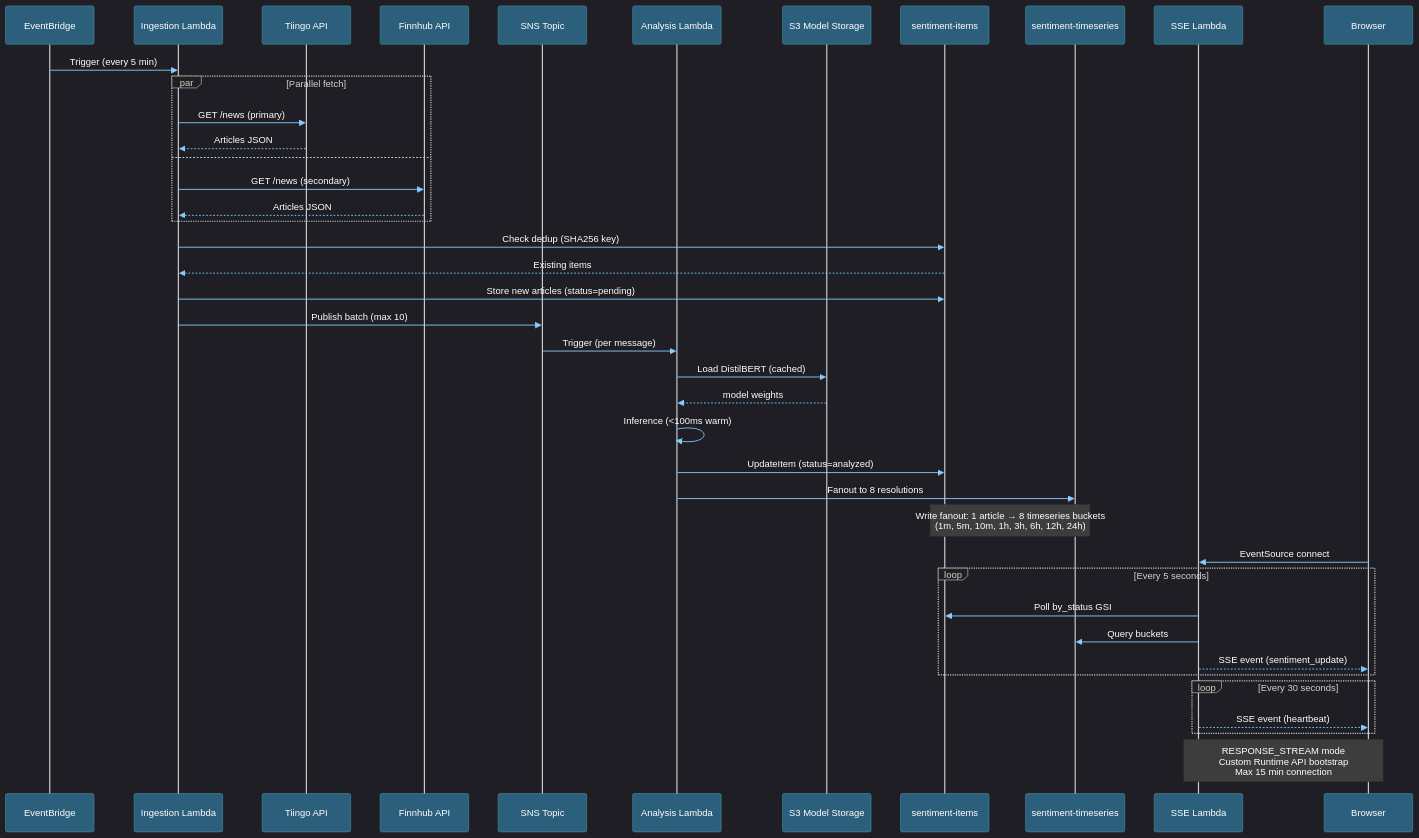
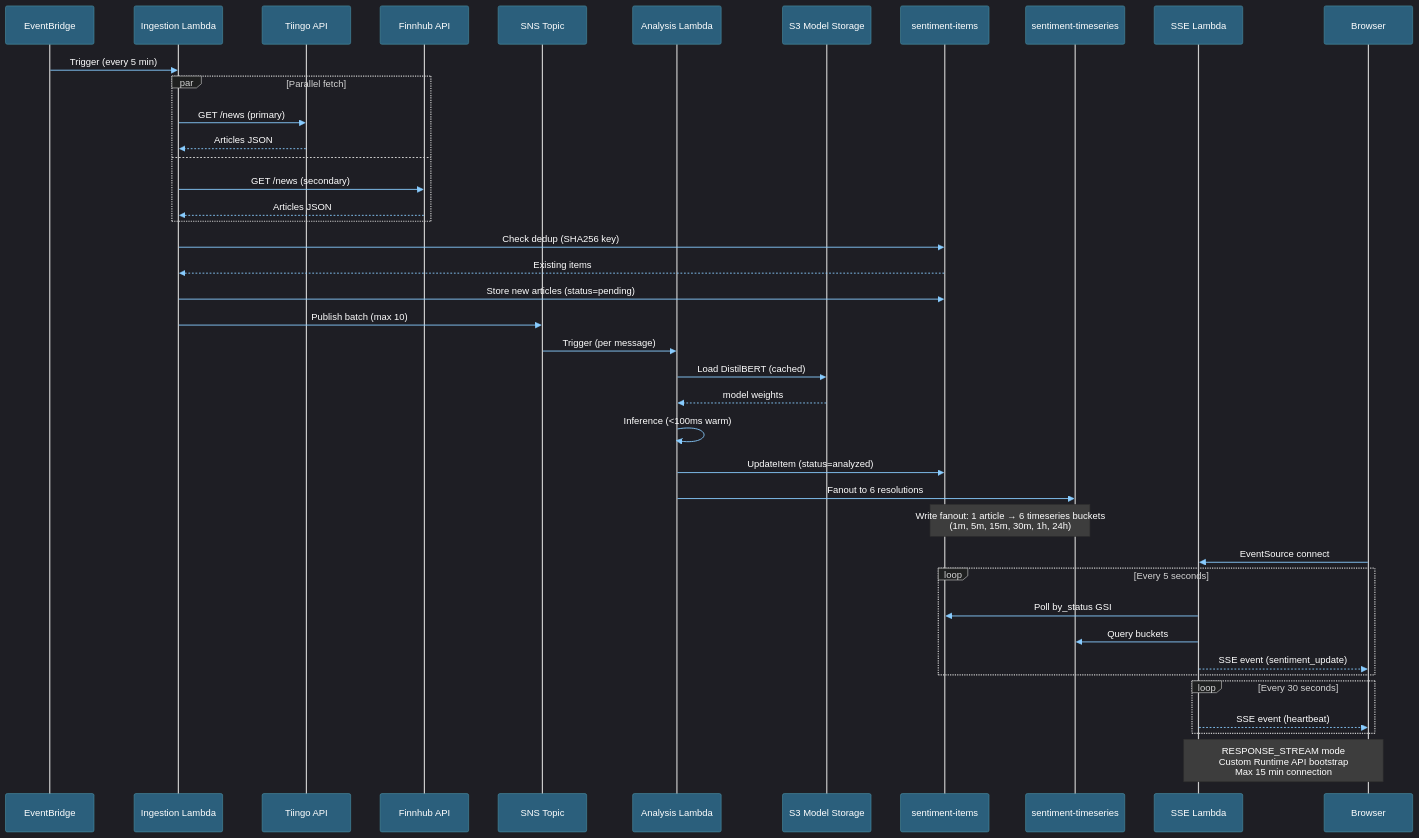
Before and after one commit to traylorre/sentiment-analyzer-gsk: the fourth of 5 diagrams in README.md, drawn with Mermaid. The commit also changed 42 other files, not shown here.

````diff
--- a/README.md
+++ b/README.md
@@ -378,54 +378,54 @@
 ```mermaid
 %%{init: {"theme": "dark", "themeVariables": {"primaryColor": "#4A90A4", "lineColor": "#88CCFF", "primaryTextColor": "#FFFFFF", "actorTextColor": "#FFFFFF", "actorBkg": "#2B5F7C", "actorBorder": "#4A90A4", "signalColor": "#88CCFF", "signalTextColor": "#FFFFFF", "noteBkgColor": "#3D3D3D", "noteTextColor": "#FFFFFF", "activationBkgColor": "#2d2d2d"}}}%%
 sequenceDiagram
     participant EB as EventBridge
     participant Ing as Ingestion Lambda
     participant Tiingo as Tiingo API
     participant Finnhub as Finnhub API
     participant SNS as SNS Topic
     participant Ana as Analysis Lambda
     participant S3 as S3 Model Storage
     participant Items as sentiment-items
     participant TS as sentiment-timeseries
     participant SSE as SSE Lambda
     participant User as Browser
 
     EB->>Ing: Trigger (every 5 min)
 
     par Parallel fetch
         Ing->>Tiingo: GET /news (primary)
         Tiingo-->>Ing: Articles JSON
     and
         Ing->>Finnhub: GET /news (secondary)
         Finnhub-->>Ing: Articles JSON
     end
 
     Ing->>Items: Check dedup (SHA256 key)
     Items-->>Ing: Existing items
 
     Ing->>Items: Store new articles (status=pending)
     Ing->>SNS: Publish batch (max 10)
 
     SNS->>Ana: Trigger (per message)
     Ana->>S3: Load DistilBERT (cached)
     S3-->>Ana: model weights
     Ana->>Ana: Inference (<100ms warm)
     Ana->>Items: UpdateItem (status=analyzed)
-    Ana->>TS: Fanout to 8 resolutions
+    Ana->>TS: Fanout to 6 resolutions
 
-    Note over Items,TS: Write fanout: 1 article → 8 timeseries buckets<br/>(1m, 5m, 10m, 1h, 3h, 6h, 12h, 24h)
+    Note over Items,TS: Write fanout: 1 article → 6 timeseries buckets<br/>(1m, 5m, 15m, 30m, 1h, 24h)
 
     User->>SSE: EventSource connect
 
     loop Every 5 seconds
         SSE->>Items: Poll by_status GSI
         SSE->>TS: Query buckets
         SSE-->>User: SSE event (sentiment_update)
     end
 
     loop Every 30 seconds
         SSE-->>User: SSE event (heartbeat)
     end
 
     Note over SSE,User: RESPONSE_STREAM mode<br/>Custom Runtime API bootstrap<br/>Max 15 min connection
 ```
````
